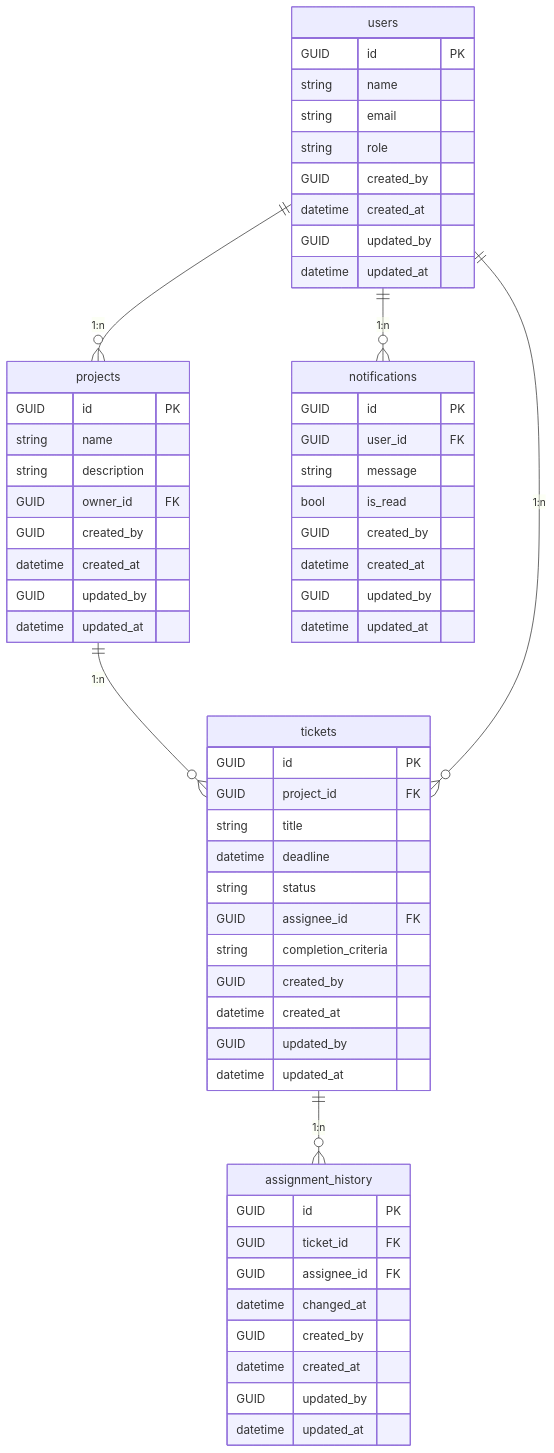
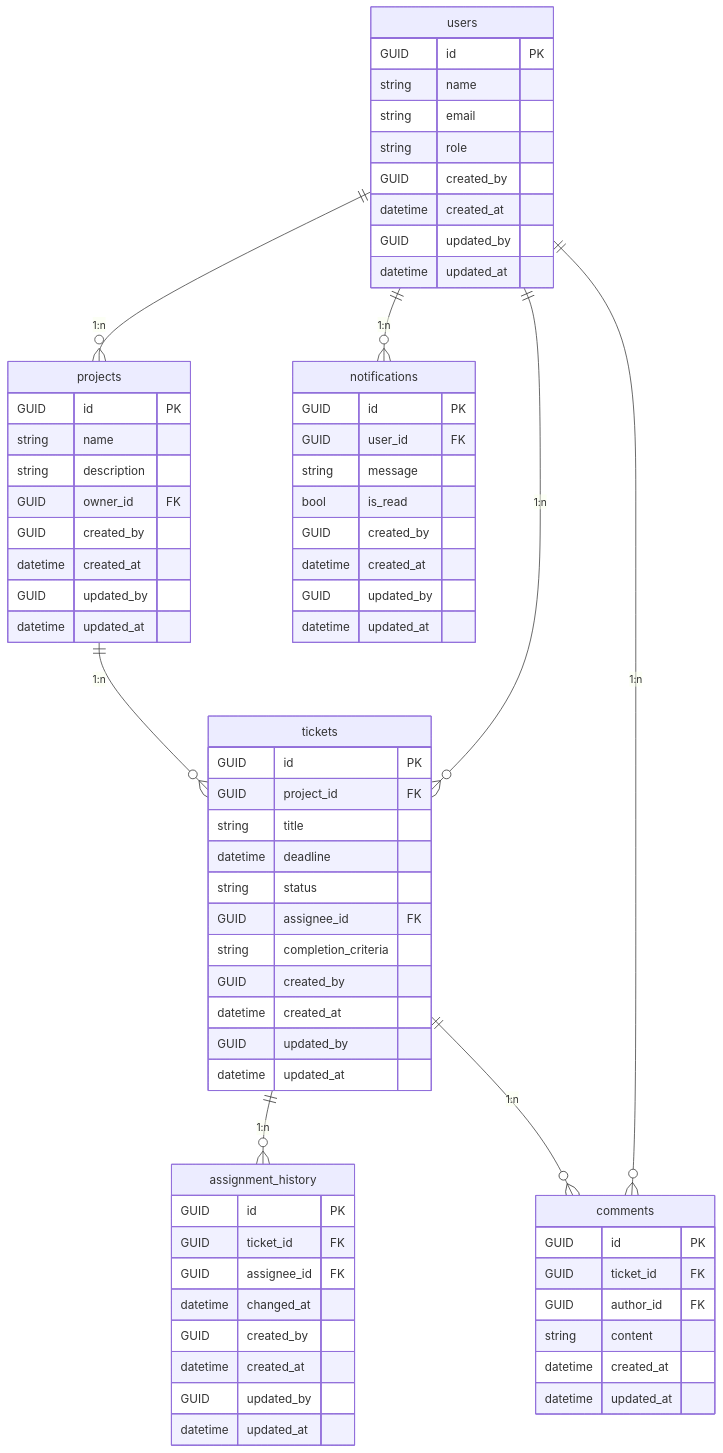
Before and after one commit to kuairen-227/pm-app-docs: the diagram in 02.design/er-diagram.md, drawn with Mermaid. The commit also changed 5 other files, not shown here.

````diff
--- a/02.design/er-diagram.md
+++ b/02.design/er-diagram.md
@@ -3,62 +3,72 @@
 ```mermaid
 erDiagram
     users {
         GUID id PK
         string name
         string email
         string role
         GUID created_by
         datetime created_at
         GUID updated_by
         datetime updated_at
     }
     projects {
         GUID id PK
         string name
         string description
         GUID owner_id FK
         GUID created_by
         datetime created_at
         GUID updated_by
         datetime updated_at
     }
     tickets {
         GUID id PK
         GUID project_id FK
         string title
         datetime deadline
         string status
         GUID assignee_id FK
         string completion_criteria
         GUID created_by
         datetime created_at
         GUID updated_by
         datetime updated_at
     }
+    comments {
+        GUID id PK
+        GUID ticket_id FK
+        GUID author_id FK
+        string content
+        datetime created_at
+        datetime updated_at
+    }
     assignment_history {
         GUID id PK
         GUID ticket_id FK
         GUID assignee_id FK
         datetime changed_at
         GUID created_by
         datetime created_at
         GUID updated_by
         datetime updated_at
     }
     notifications {
         GUID id PK
         GUID user_id FK
         string message
         bool is_read
         GUID created_by
         datetime created_at
         GUID updated_by
         datetime updated_at
     }
 
     users ||--o{ projects : "1:n"
     projects ||--o{ tickets : "1:n"
     users ||--o{ tickets : "1:n"
     tickets ||--o{ assignment_history : "1:n"
     users ||--o{ notifications : "1:n"
+    tickets ||--o{ comments : "1:n"
+    users ||--o{ comments : "1:n"
 ```
````
